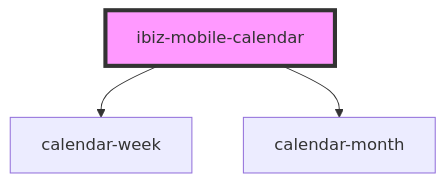
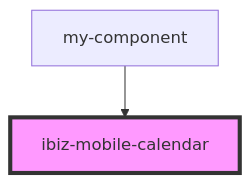
Before and after one commit to zcdtk/ibiz-mobile-components: the diagram in src/components/ibiz-mobile-calendar/readme.md, drawn with Mermaid. The commit also changed other lines of this file and 4 other files, not shown here.

````diff
--- a/src/components/ibiz-mobile-calendar/readme.md
+++ b/src/components/ibiz-mobile-calendar/readme.md
@@ -37,6 +15,5 @@
 ```mermaid
 graph TD;
-  ibiz-mobile-calendar --> calendar-week
-  ibiz-mobile-calendar --> calendar-month
+  my-component --> ibiz-mobile-calendar
   style ibiz-mobile-calendar fill:#f9f,stroke:#333,stroke-width:4px
 ```
````
